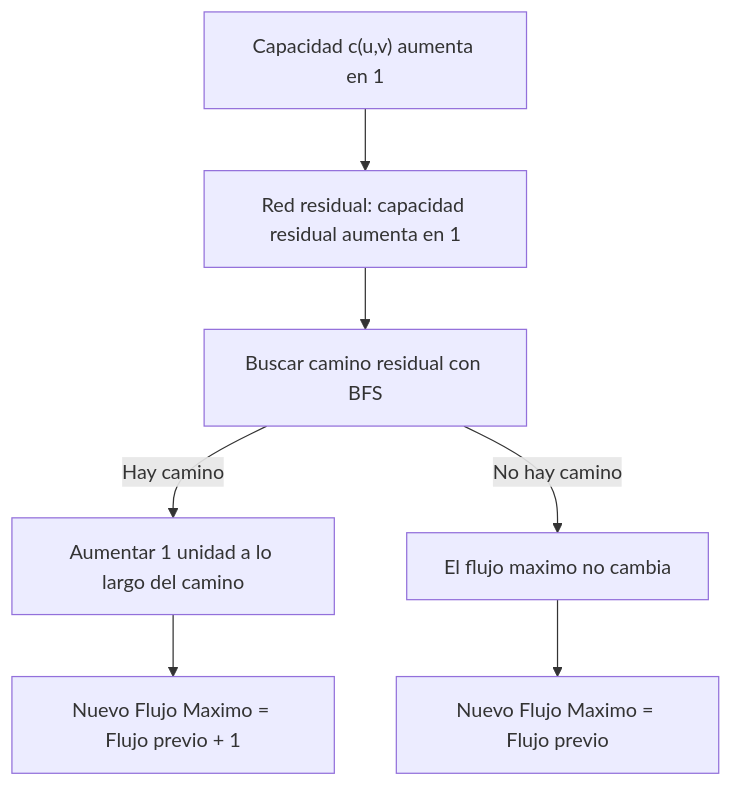
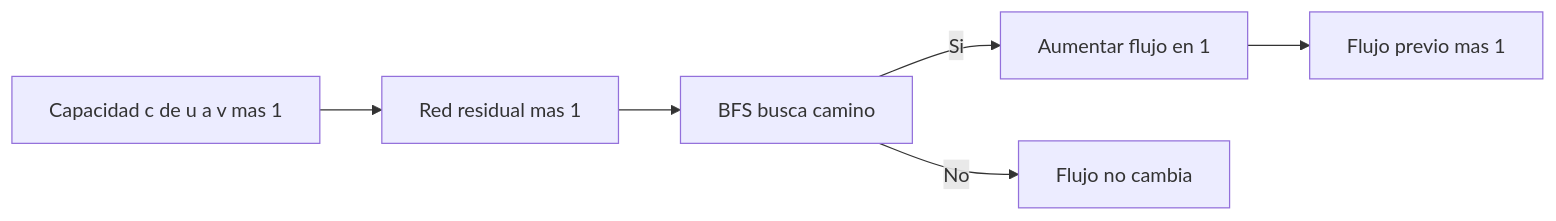
One commit to nbrian96/tda-2C2026-material changed diagram 23 of 30 in guia_tda_parciales.md. Above: the diagram before and after it, drawn with Mermaid. The commit also changed other lines of this file and 11 other files, not shown here.

Commit message:
fix(visual): resolver sintaxis de diagramas Mermaid en DyC, PL y Flujo con certificacion total 10/10 en navegador

````diff
--- a/guia_tda_parciales.md
+++ b/guia_tda_parciales.md
@@ -3845,9 +3838,8 @@
 ```mermaid
-flowchart TD
-    A["Capacidad c(u,v) aumenta en 1"] --> B["Red residual: capacidad residual aumenta en 1"]
-    B --> C["Buscar camino residual con BFS"]
-    C -->|Hay camino| D["Aumentar 1 unidad a lo largo del camino"]
-    D --> E["Nuevo Flujo Maximo = Flujo previo + 1"]
-    C -->|No hay camino| F["El flujo maximo no cambia"]
-    F --> G["Nuevo Flujo Maximo = Flujo previo"]
+flowchart LR
+    A["Capacidad c de u a v mas 1"] --> B["Red residual mas 1"]
+    B --> C["BFS busca camino"]
+    C -->|Si| D["Aumentar flujo en 1"]
+    D --> E["Flujo previo mas 1"]
+    C -->|No| F["Flujo no cambia"]
 ```
````
